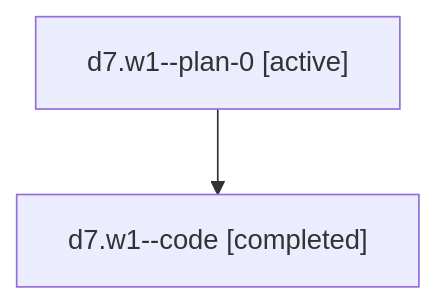
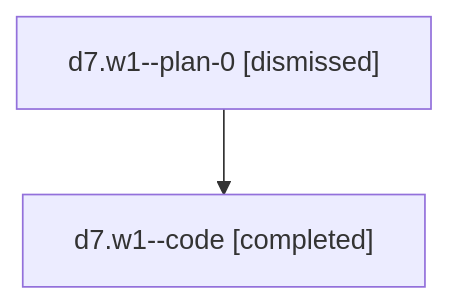
The diagram in sessions/bbugyi200.athena.d7.w1.md (sase-org/sase--agents), drawn with Mermaid before and after one commit. The commit also changed other lines of this file and 69 other files, not shown here.

````diff
--- a/sessions/bbugyi200.athena.d7.w1.md
+++ b/sessions/bbugyi200.athena.d7.w1.md
@@ -9,6 +9,6 @@
 ```mermaid
 flowchart TD
-  n0["d7.w1--plan-0 [active]"]
+  n0["d7.w1--plan-0 [dismissed]"]
   n1["d7.w1--code [completed]"]
   n0 --> n1
 ```
````
